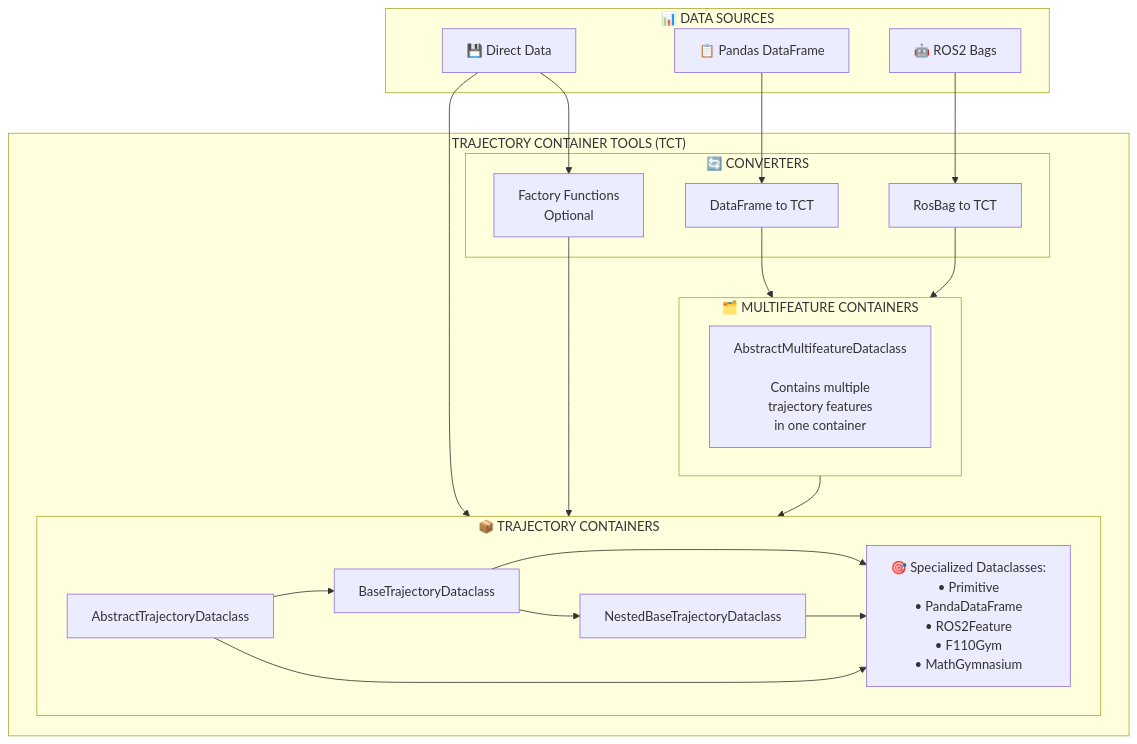
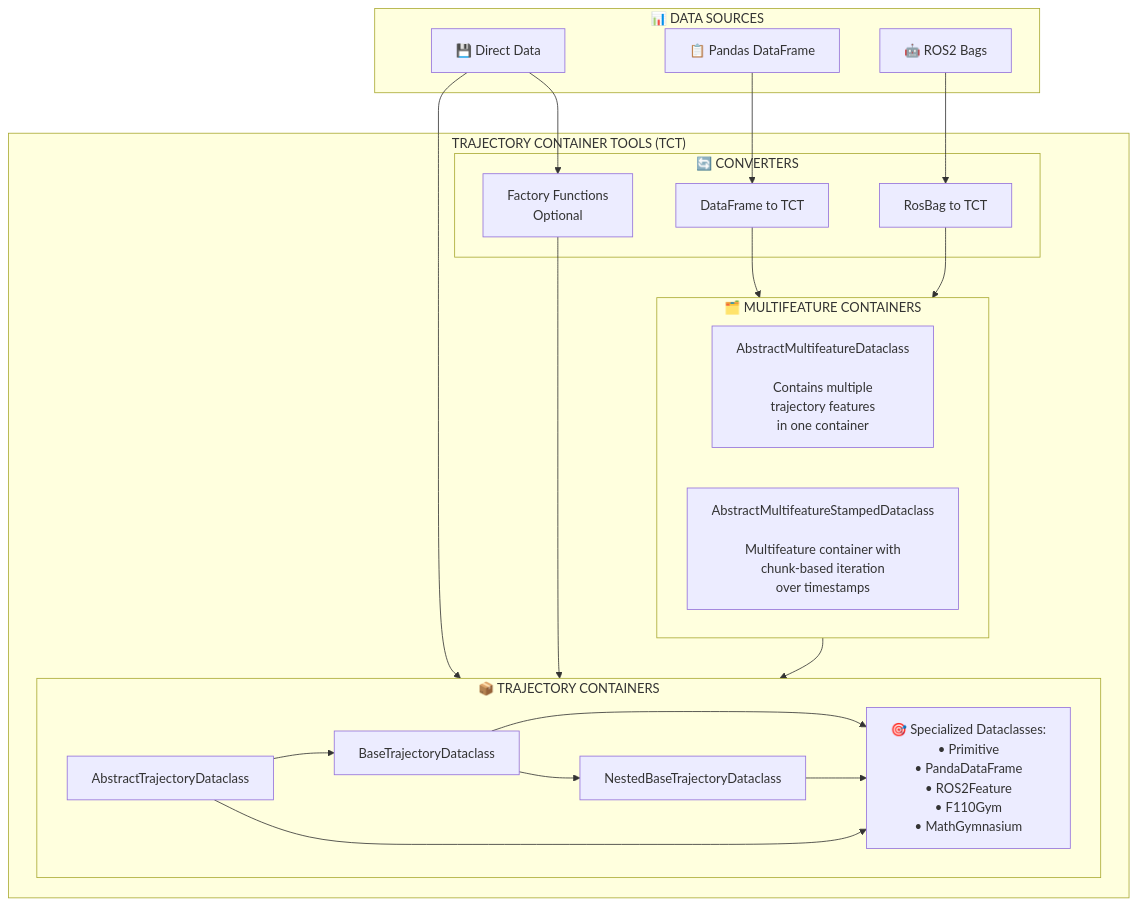
Before and after one commit to norlab-ulaval/trajectory-container-tools: the diagram in documentation/README.md, drawn with Mermaid. The commit also changed other lines of this file and 3 other files, not shown here.

````diff
--- a/documentation/README.md
+++ b/documentation/README.md
@@ -38,45 +38,46 @@
 ```mermaid
 graph TB
     subgraph DS["📊&nbsp;DATA&nbsp;SOURCES"]
         DF[📋 Pandas DataFrame]
         ROS[🤖 ROS2 Bags]
         DD[💾 Direct Data]
     end
     
     subgraph TCT["TRAJECTORY&nbsp;CONTAINER&nbsp;TOOLS&nbsp;(TCT)"]
         
         subgraph CONV["🔄&nbsp;CONVERTERS"]
             DFC[DataFrame to TCT]
             RC[RosBag to TCT]
             FF[Factory Functions<br/>Optional]
         end
         
         subgraph MFC["🗂️&nbsp;MULTIFEATURE&nbsp;CONTAINERS"]
             AMC[AbstractMultifeatureDataclass<br/><br/>Contains multiple<br/>trajectory features<br/>in one container]
+            AMSC[AbstractMultifeatureStampedDataclass<br/><br/>Multifeature container with<br/>chunk-based iteration<br/>over timestamps]
         end
         
         subgraph TC["📦&nbsp;TRAJECTORY&nbsp;CONTAINERS"]
             ATC[AbstractTrajectoryDataclass]
             BTC[BaseTrajectoryDataclass]
             NBTC[NestedBaseTrajectoryDataclass]
             SC[🎯 Specialized Dataclasses:<br/>• Primitive<br/>• PandaDataFrame<br/>• ROS2Feature<br/>• F110Gym<br/>• MathGymnasium<br/>]
         end
     end
     
     %% Data flow connections
     ROS --> RC
     DD --> FF
     DF --> DFC
         
     DFC --> MFC
     RC --> MFC
         
     DD --> TC
     FF --> TC
     MFC --> TC 
     
     ATC --> BTC --> SC
     BTC --> NBTC --> SC 
     ATC --> SC
     
 ```
````
